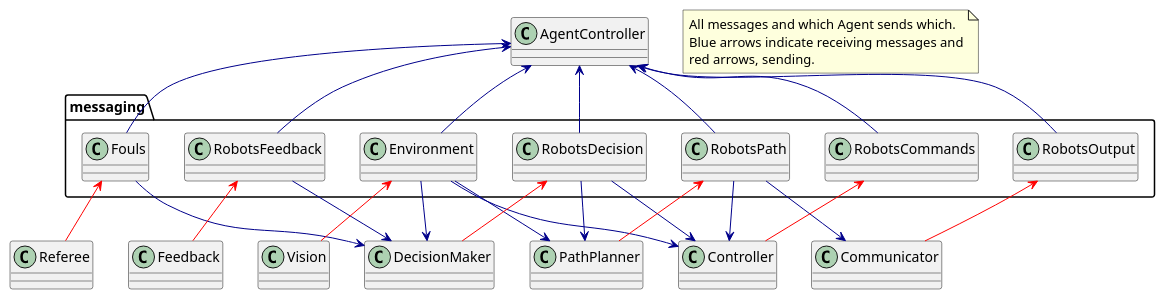
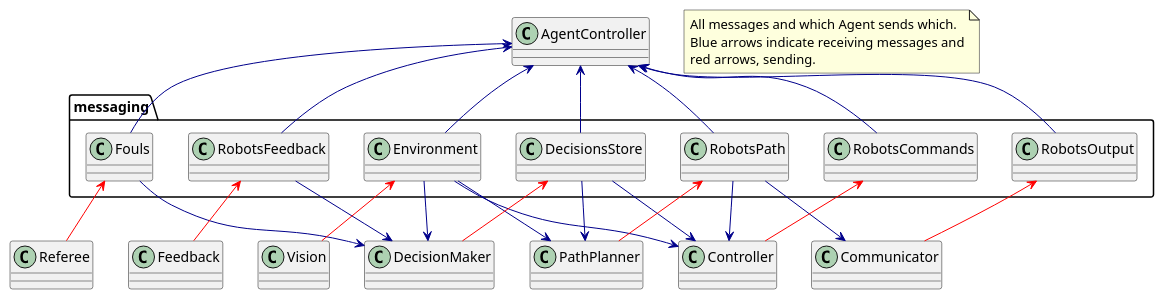
The diagram in docs/messaging/AllMessages.puml (roboime/Phoenixpp), drawn with PlantUML before and after one commit. The commit also changed 26 other files, not shown here.

Commit message:
Adicionando STPs para uma skill rolha do atacante ir ate a bola. Falta implementar a lógica de como a SSM irá transicionar de estado em estado e também como a decisionStore será passada para dentro das skills.

```diff
--- a/docs/messaging/AllMessages.puml
+++ b/docs/messaging/AllMessages.puml
@@ -1,68 +1,68 @@
 @startuml
 
 note as N1
 All messages and which Agent sends which.
 Blue arrows indicate receiving messages and
 red arrows, sending.
 end note
 
 class Vision
 class Referee
 class Feedback
 class DecisionMaker
 class PathPlanner
 class Controller
 class Communicator
 
 namespace messaging{
 class Environment
 class Fouls
 class RobotsFeedback
-class RobotsDecision
+class DecisionsStore
 class RobotsPath
 class RobotsCommands
 class RobotsOutput
 }
 
 Fouls -[hidden]r- Feedback
 Feedback -[hidden]r- Environment
-Environment -[hidden]r- RobotsDecision
-RobotsDecision -[hidden]r- RobotsPath
+Environment -[hidden]r- DecisionsStore
+DecisionsStore -[hidden]r- RobotsPath
 RobotsPath -[hidden]r- RobotsCommands
 RobotsCommands -[hidden]r- RobotsOutput
 
 Referee -[hidden]r- Feedback
 Feedback -[hidden]r- Vision
 Vision -[hidden]r- DecisionMaker
 DecisionMaker -[hidden]r- PathPlanner
 PathPlanner -[hidden]r- Controller
 Controller -[hidden]r- Communicator
 
 DecisionMaker <--u Environment #darkblue
 DecisionMaker <--u Fouls #darkblue
 DecisionMaker <--u RobotsFeedback #darkblue
 PathPlanner <--u Environment #darkblue
-PathPlanner <--u RobotsDecision #darkblue
+PathPlanner <--u DecisionsStore #darkblue
 Controller <--u Environment #darkblue
-Controller <--u RobotsDecision #darkblue
+Controller <--u DecisionsStore #darkblue
 Controller <--u RobotsPath #darkblue
 Communicator <--u RobotsPath #darkblue
 
 Vision --u> Environment #red
 Referee --u> Fouls #red
 Feedback --u> RobotsFeedback #red
-DecisionMaker --u> RobotsDecision #red
+DecisionMaker --u> DecisionsStore #red
 PathPlanner --u> RobotsPath #red
 Controller --u> RobotsCommands #red
 Communicator --u> RobotsOutput #red
 
 AgentController <--d Environment #darkblue
 AgentController <--d Fouls #darkblue
 AgentController <--d RobotsFeedback #darkblue
-AgentController <--d RobotsDecision #darkblue
+AgentController <--d DecisionsStore #darkblue
 AgentController <--d RobotsPath #darkblue
 AgentController <--d RobotsCommands #darkblue
 AgentController <--d RobotsOutput #darkblue
 
 
 @enduml
```
